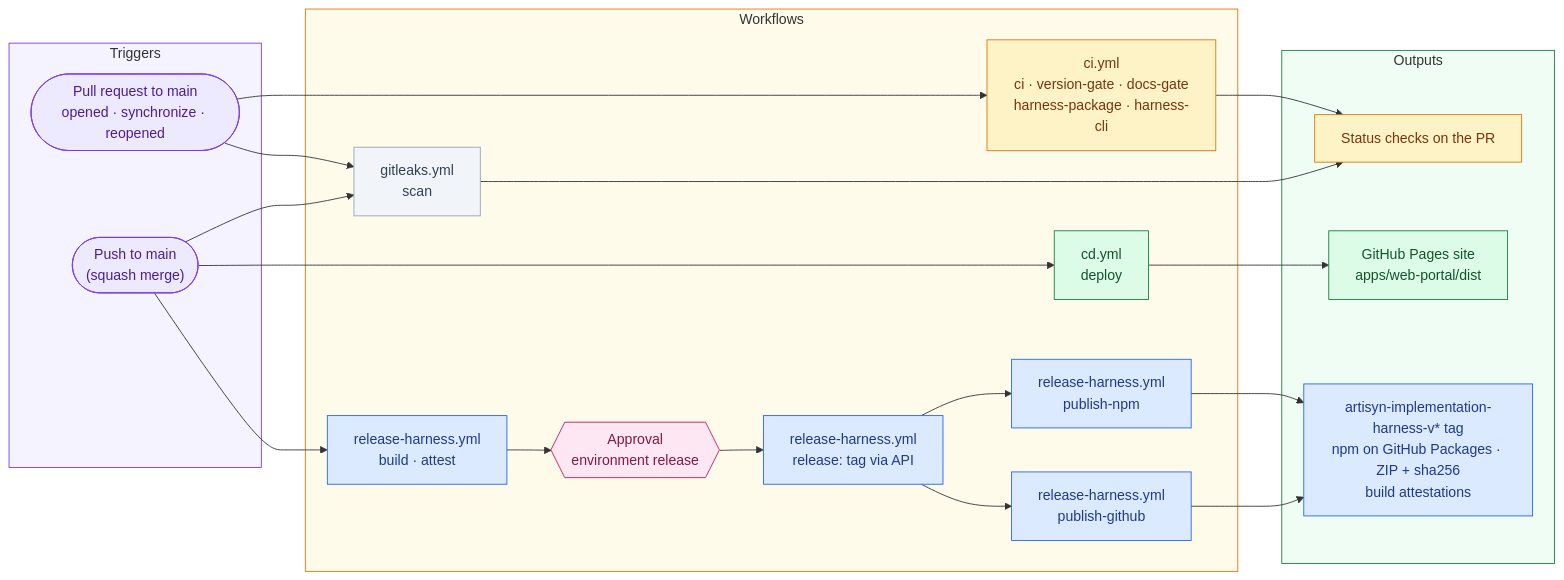
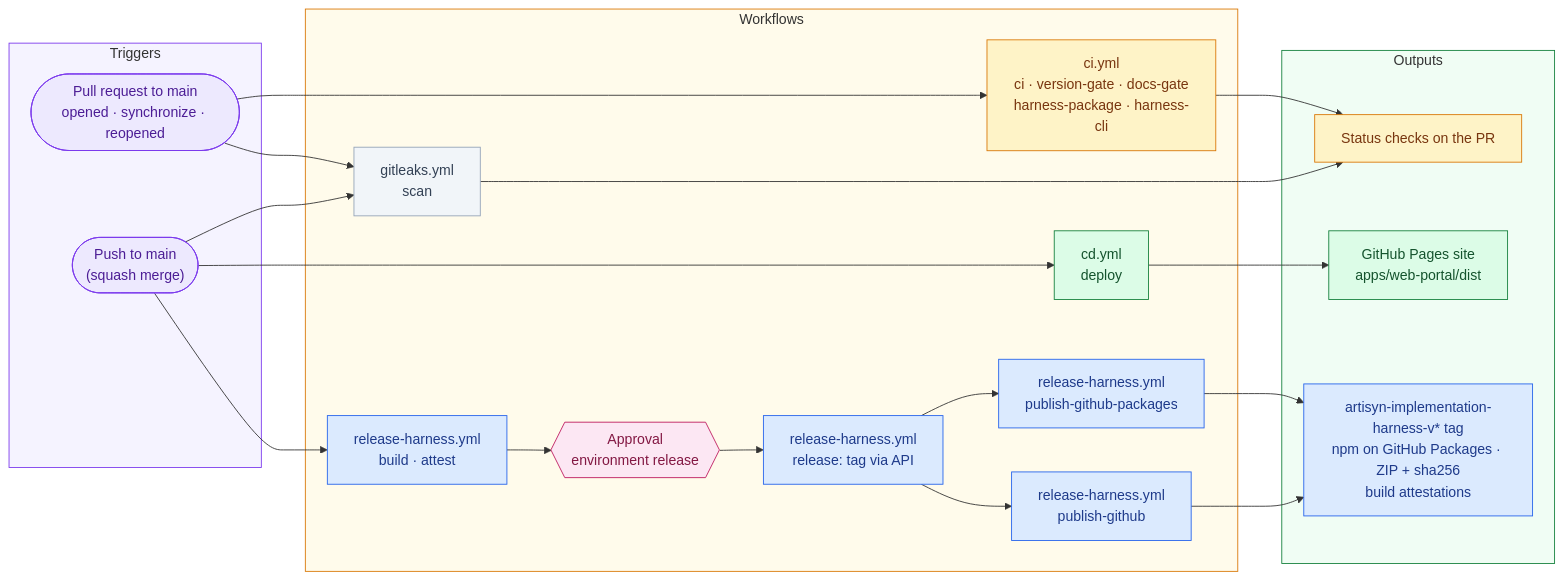
Before and after one commit to DataArt/artisyn-implementation-harness: the diagram in docs/Engineering Guide/09 CI-CD.md, drawn with Mermaid. The commit also changed other lines of this file and 8 other files, not shown here.

First line of the commit message:
ci(release): rename publish-npm to publish-github-packages

````diff
--- a/docs/Engineering Guide/09 CI-CD.md
+++ b/docs/Engineering Guide/09 CI-CD.md
@@ -25,42 +25,42 @@
 ```mermaid
 flowchart LR
     subgraph TRIG ["  Triggers  "]
         PR(["Pull request to main\nopened · synchronize · reopened"]):::trigger
         PUSH(["Push to main\n(squash merge)"]):::trigger
     end
 
     subgraph WF ["  Workflows  "]
         CI["ci.yml\nci · version-gate · docs-gate\nharness-package · harness-cli"]:::gate
         GL["gitleaks.yml\nscan"]:::advisory
         CD["cd.yml\ndeploy"]:::deploy
         RHB["release-harness.yml\nbuild · attest"]:::release
         APP{{"Approval\nenvironment release"}}:::approval
         RHR["release-harness.yml\nrelease: tag via API"]:::release
-        RHN["release-harness.yml\npublish-npm"]:::release
+        RHN["release-harness.yml\npublish-github-packages"]:::release
         RHG["release-harness.yml\npublish-github"]:::release
     end
 
     subgraph OUT ["  Outputs  "]
         CHK["Status checks on the PR"]:::gate
         PAGES["GitHub Pages site\napps/web-portal/dist"]:::deploy
         HTAG["artisyn-implementation-harness-v* tag\nnpm on GitHub Packages · ZIP + sha256\nbuild attestations"]:::release
     end
 
     PR --> CI --> CHK
     PR --> GL --> CHK
     PUSH --> GL
     PUSH --> CD --> PAGES
     PUSH --> RHB --> APP --> RHR
     RHR --> RHN --> HTAG
     RHR --> RHG --> HTAG
 
     classDef trigger fill:#EDE9FE,stroke:#7C3AED,color:#4c1d95
     classDef approval fill:#FCE7F3,stroke:#BE185D,color:#831843
     classDef gate fill:#FEF3C7,stroke:#D97706,color:#78350f
     classDef advisory fill:#F1F5F9,stroke:#94A3B8,color:#334155
     classDef deploy fill:#DCFCE7,stroke:#15803D,color:#14532D
     classDef release fill:#DBEAFE,stroke:#2563EB,color:#1e3a8a
     style TRIG fill:#F5F3FF,stroke:#7C3AED
     style WF fill:#FFFBEB,stroke:#D97706
     style OUT fill:#F0FDF4,stroke:#15803D
 ```
````
